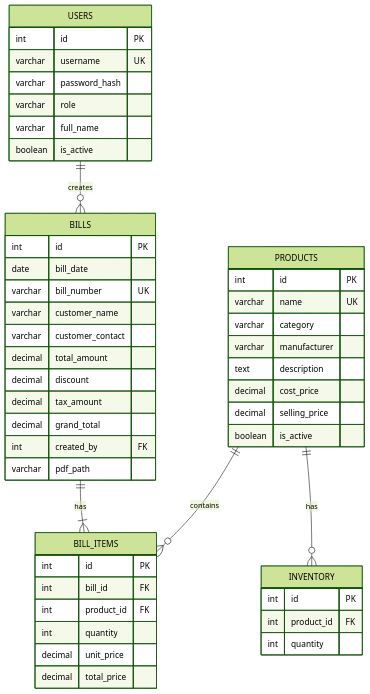
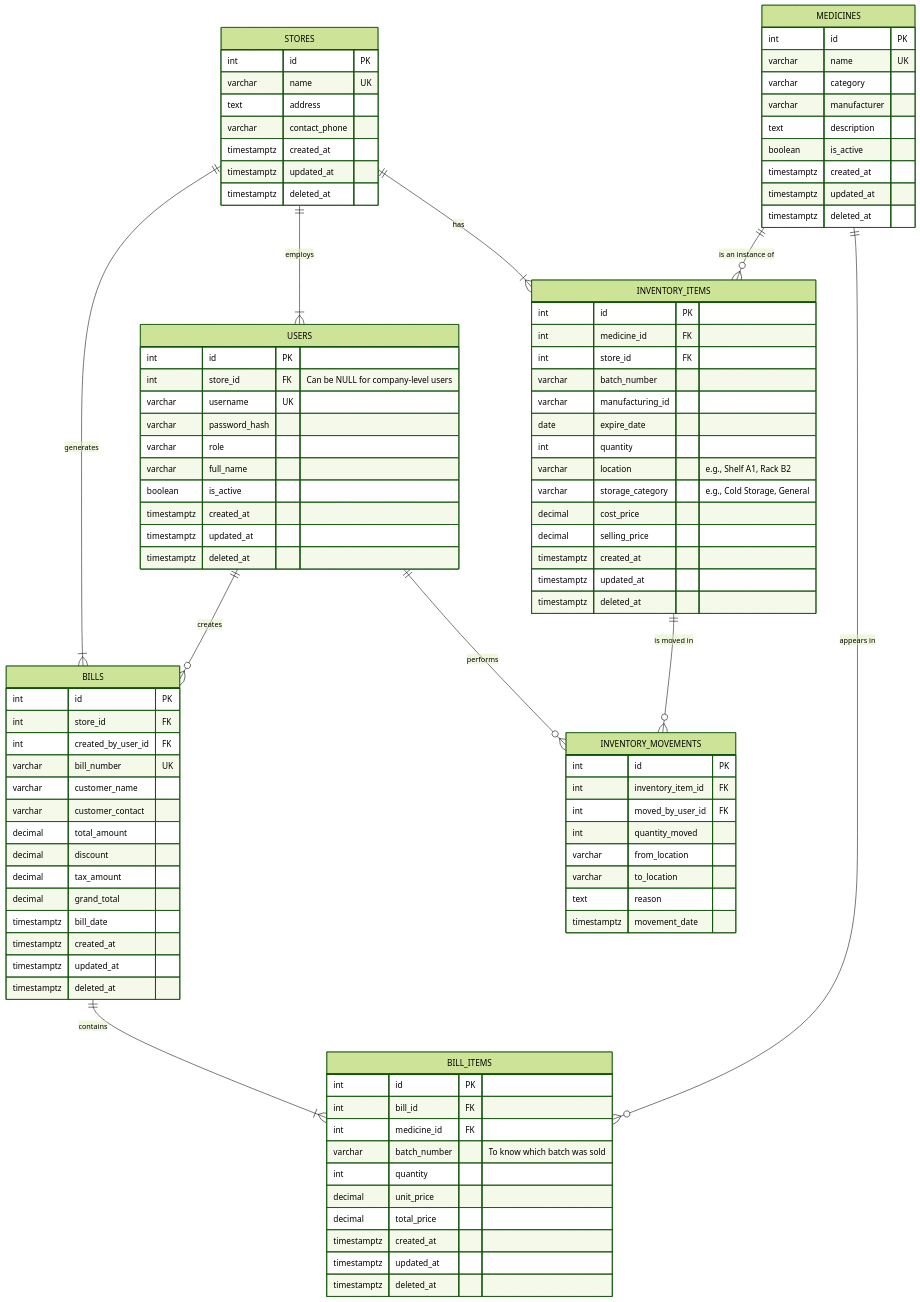
Before and after one commit to rohitagarwal-gkmit/retailpulse-docs: the diagram in docs/technical/schema_design.md, drawn with Mermaid (forest theme). The commit also changed other lines of this file and 8 other files, not shown here.

Commit message:
[refactor]: update future enhancements, index overview, API design, authentication flow, data flow diagrams, schema design, and use cases to detail for multi-store management and inventory tracking.

````diff
--- a/docs/technical/schema_design.md
+++ b/docs/technical/schema_design.md
@@ -11,39 +15,82 @@
 ```mermaid
 erDiagram
-    USERS ||--o{ BILLS : creates
-    PRODUCTS ||--o{ INVENTORY : has
-    PRODUCTS ||--o{ BILL_ITEMS : contains
-    BILLS ||--|{ BILL_ITEMS : has
-    
+    STORES ||--|{ USERS : "employs"
+    STORES ||--|{ BILLS : "generates"
+    STORES ||--|{ INVENTORY_ITEMS : "has"
+    USERS ||--o{ BILLS : "creates"
+    USERS ||--o{ INVENTORY_MOVEMENTS : "performs"
+    MEDICINES ||--o{ INVENTORY_ITEMS : "is an instance of"
+    BILLS ||--|{ BILL_ITEMS : "contains"
+    MEDICINES ||--o{ BILL_ITEMS : "appears in"
+    INVENTORY_ITEMS ||--o{ INVENTORY_MOVEMENTS : "is moved in"
+
+    STORES {
+        int id PK
+        varchar name UK
+        text address
+        varchar contact_phone
+        timestamptz created_at
+        timestamptz updated_at
+        timestamptz deleted_at
+    }
+
     USERS {
         int id PK
+        int store_id FK "Can be NULL for company-level users"
         varchar username UK
         varchar password_hash
         varchar role
         varchar full_name
         boolean is_active
+        timestamptz created_at
+        timestamptz updated_at
+        timestamptz deleted_at
     }
-    
-    PRODUCTS {
+
+    MEDICINES {
         int id PK
         varchar name UK
         varchar category
         varchar manufacturer
         text description
+        boolean is_active
+        timestamptz created_at
+        timestamptz updated_at
+        timestamptz deleted_at
+    }
+
+    INVENTORY_ITEMS {
+        int id PK
+        int medicine_id FK
+        int store_id FK
+        varchar batch_number
+        varchar manufacturing_id
+        date expire_date
+        int quantity
+        varchar location "e.g., Shelf A1, Rack B2"
+        varchar storage_category "e.g., Cold Storage, General"
         decimal cost_price
         decimal selling_price
-        boolean is_active
+        timestamptz created_at
+        timestamptz updated_at
+        timestamptz deleted_at
     }
-    
-    INVENTORY {
+
+    INVENTORY_MOVEMENTS {
         int id PK
-        int product_id FK
-        int quantity
+        int inventory_item_id FK
+        int moved_by_user_id FK
+        int quantity_moved
+        varchar from_location
+        varchar to_location
+        text reason
+        timestamptz movement_date
     }
-    
+
     BILLS {
         int id PK
-        date bill_date
+        int store_id FK
+        int created_by_user_id FK
         varchar bill_number UK
         varchar customer_name
         varchar customer_contact
@@ -51,16 +98,22 @@
         decimal discount
         decimal tax_amount
         decimal grand_total
-        int created_by FK
-        varchar pdf_path
+        timestamptz bill_date
+        timestamptz created_at
+        timestamptz updated_at
+        timestamptz deleted_at
     }
-    
+
     BILL_ITEMS {
         int id PK
         int bill_id FK
-        int product_id FK
+        int medicine_id FK
+        varchar batch_number "To know which batch was sold"
         int quantity
         decimal unit_price
         decimal total_price
+        timestamptz created_at
+        timestamptz updated_at
+        timestamptz deleted_at
     }
 ```
````
